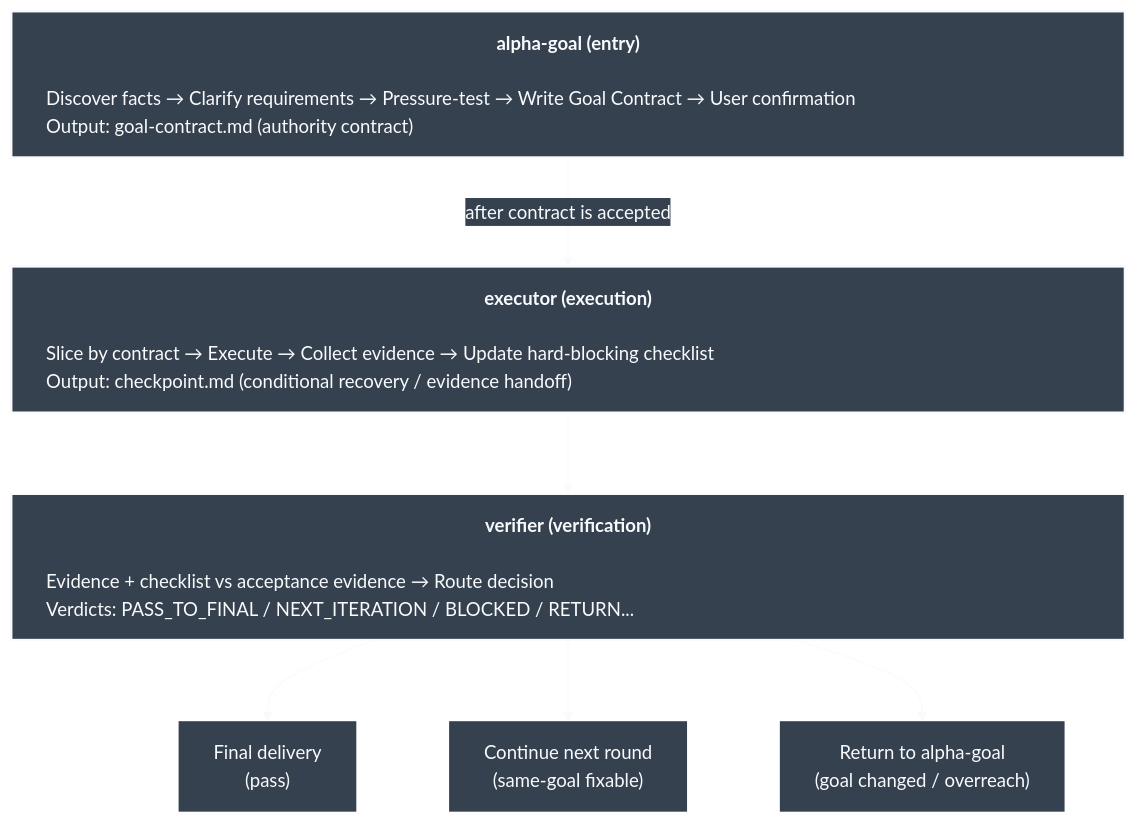
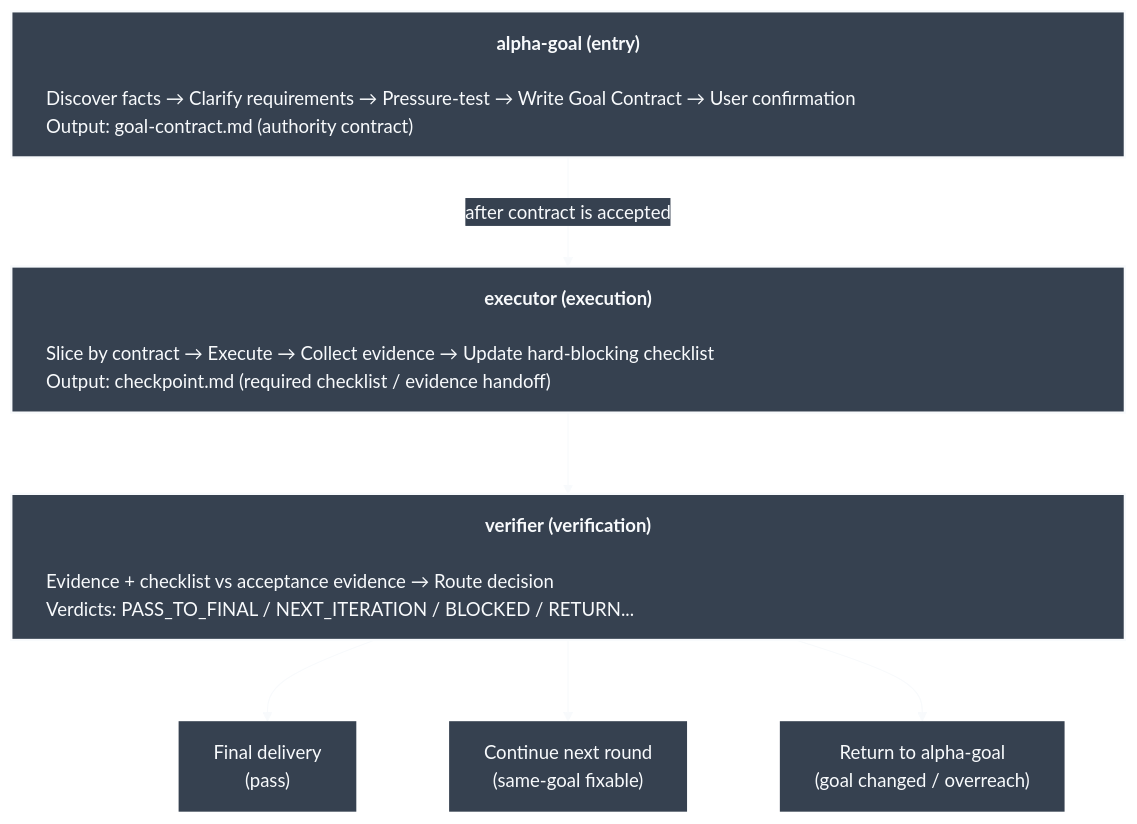
One commit to azhonglee/alpha-goal changed the diagram in README.en.md. Above: the diagram before and after it, drawn with Mermaid. The commit also changed other lines of this file and 15 other files, not shown here.

````diff
--- a/README.en.md
+++ b/README.en.md
@@ -42,18 +42,18 @@
 ```mermaid
 %%{init: {"theme":"base","flowchart":{"wrappingWidth":900,"nodeSpacing":80,"rankSpacing":70,"htmlLabels":true},"markdownAutoWrap":false,"themeVariables":{"background":"#364150","primaryColor":"#364150","primaryTextColor":"#f8fafc","primaryBorderColor":"#f8fafc","lineColor":"#f8fafc","edgeLabelBackground":"#364150","fontFamily":"ui-monospace, SFMono-Regular, Menlo, Monaco, Consolas, monospace"}}}%%
 flowchart TD
   AG["<div align='center'><strong>alpha-goal (entry)</strong></div><div align='left' style='width:900px'><br/>Discover facts → Clarify requirements → Pressure-test → Write Goal Contract → User confirmation<br/>Output: goal-contract.md (authority contract)</div>"]
-  CL["<div align='center'><strong>executor (execution)</strong></div><div align='left' style='width:900px'><br/>Slice by contract → Execute → Collect evidence → Update hard-blocking checklist<br/>Output: checkpoint.md (conditional recovery / evidence handoff)</div>"]
+  CL["<div align='center'><strong>executor (execution)</strong></div><div align='left' style='width:900px'><br/>Slice by contract → Execute → Collect evidence → Update hard-blocking checklist<br/>Output: checkpoint.md (required checklist / evidence handoff)</div>"]
   GV["<div align='center'><strong>verifier (verification)</strong></div><div align='left' style='width:900px'><br/>Evidence + checklist vs acceptance evidence → Route decision<br/>Verdicts: PASS_TO_FINAL / NEXT_ITERATION / BLOCKED / RETURN...</div>"]
 
   AG -->|"after contract is accepted"| CL
   CL --> GV
   GV --> Pass["Final delivery<br/>(pass)"]
   GV --> Next["Continue next round<br/>(same-goal fixable)"]
   GV --> Return["Return to alpha-goal<br/>(goal changed / overreach)"]
 
   classDef stage fill:#364150,stroke:#f8fafc,color:#f8fafc,stroke-width:2px;
   classDef route fill:#364150,stroke:#364150,color:#f8fafc,stroke-width:0px;
   class AG,CL,GV stage;
   class Pass,Next,Return route;
 ```
````
